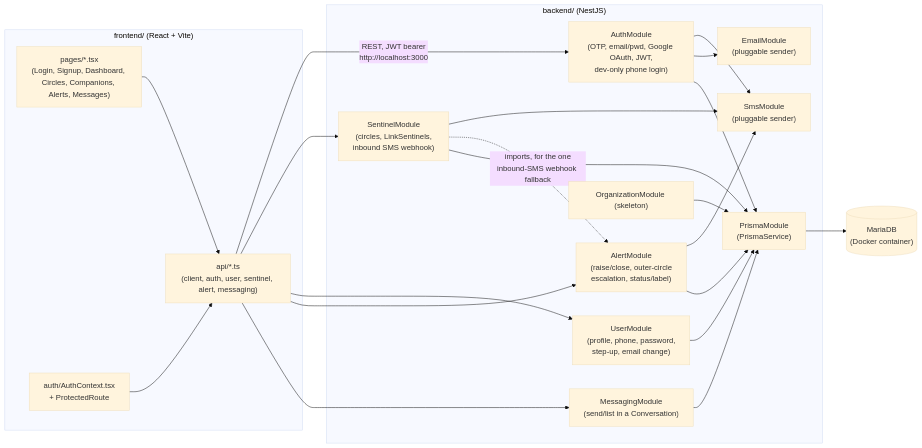
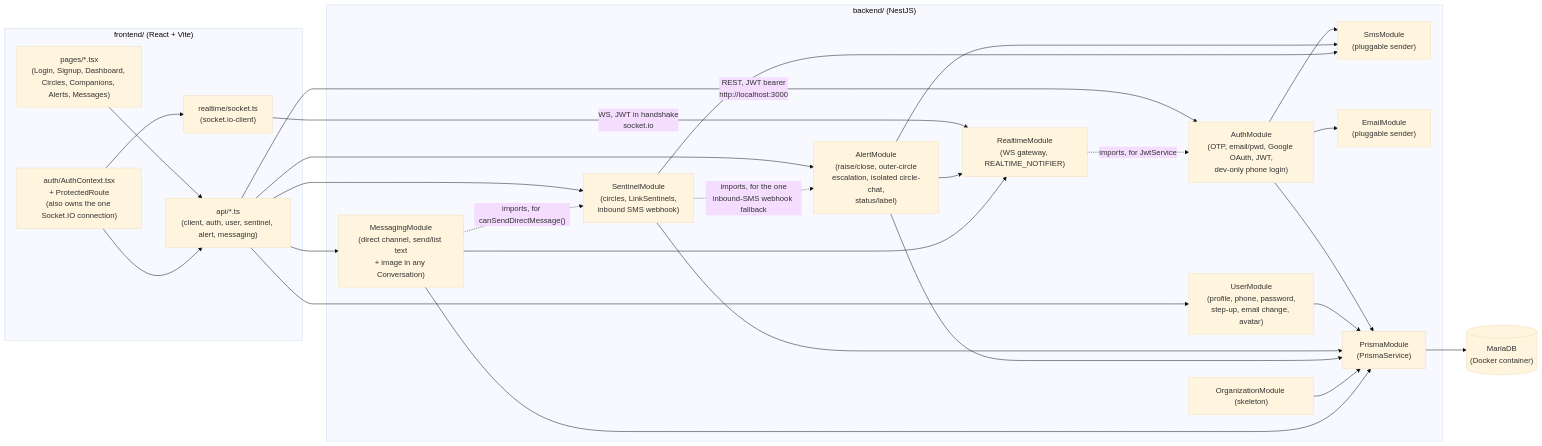
The diagram in STACK_SCHEMA.md (Sylvfo/MySentinelCircle), drawn with Mermaid (base theme) before and after one commit. The commit also changed other lines of this file and 4 other files, not shown here.

````diff
--- a/STACK_SCHEMA.md
+++ b/STACK_SCHEMA.md
@@ -28,43 +29,51 @@
 ```mermaid
 flowchart LR
     subgraph Frontend["frontend/ (React + Vite)"]
         Pages["pages/*.tsx\n(Login, Signup, Dashboard, Circles, Companions, Alerts, Messages)"]
-        AuthCtx["auth/AuthContext.tsx\n+ ProtectedRoute"]
+        AuthCtx["auth/AuthContext.tsx\n+ ProtectedRoute\n(also owns the one Socket.IO connection)"]
         ApiClient["api/*.ts\n(client, auth, user, sentinel, alert, messaging)"]
+        Socket["realtime/socket.ts\n(socket.io-client)"]
     end
 
     subgraph Backend["backend/ (NestJS)"]
         Auth["AuthModule\n(OTP, email/pwd, Google OAuth, JWT,\ndev-only phone login)"]
-        User["UserModule\n(profile, phone, password,\nstep-up, email change)"]
+        User["UserModule\n(profile, phone, password,\nstep-up, email change, avatar)"]
         Sentinel["SentinelModule\n(circles, LinkSentinels,\ninbound SMS webhook)"]
-        Alert["AlertModule\n(raise/close, outer-circle\nescalation, status/label)"]
+        Alert["AlertModule\n(raise/close, outer-circle\nescalation, isolated circle-chat,\nstatus/label)"]
         Org["OrganizationModule (skeleton)"]
-        Messaging["MessagingModule\n(send/list in a Conversation)"]
+        Messaging["MessagingModule\n(direct channel, send/list text\n+ image in any Conversation)"]
+        Realtime["RealtimeModule\n(WS gateway, REALTIME_NOTIFIER)"]
         Sms["SmsModule\n(pluggable sender)"]
         Email["EmailModule\n(pluggable sender)"]
         Prisma["PrismaModule\n(PrismaService)"]
     end
 
     DB[("MariaDB\n(Docker container)")]
 
     Pages --> ApiClient
     AuthCtx --> ApiClient
+    AuthCtx --> Socket
     ApiClient -- "REST, JWT bearer\nhttp://localhost:3000" --> Auth
     ApiClient --> Sentinel
     ApiClient --> User
     ApiClient --> Alert
     ApiClient --> Messaging
+    Socket -- "WS, JWT in handshake\nsocket.io" --> Realtime
 
     Auth --> Sms
     Auth --> Email
     Alert --> Sms
+    Alert --> Realtime
+    Messaging --> Realtime
+    Realtime -. "imports, for JwtService" .-> Auth
     Sentinel --> Sms
     Sentinel -. "imports, for the one\ninbound-SMS webhook fallback" .-> Alert
+    Messaging -. "imports, for canSendDirectMessage()" .-> Sentinel
     Auth --> Prisma
     User --> Prisma
     Sentinel --> Prisma
     Alert --> Prisma
     Org --> Prisma
     Messaging --> Prisma
     Prisma --> DB
 ```
````
